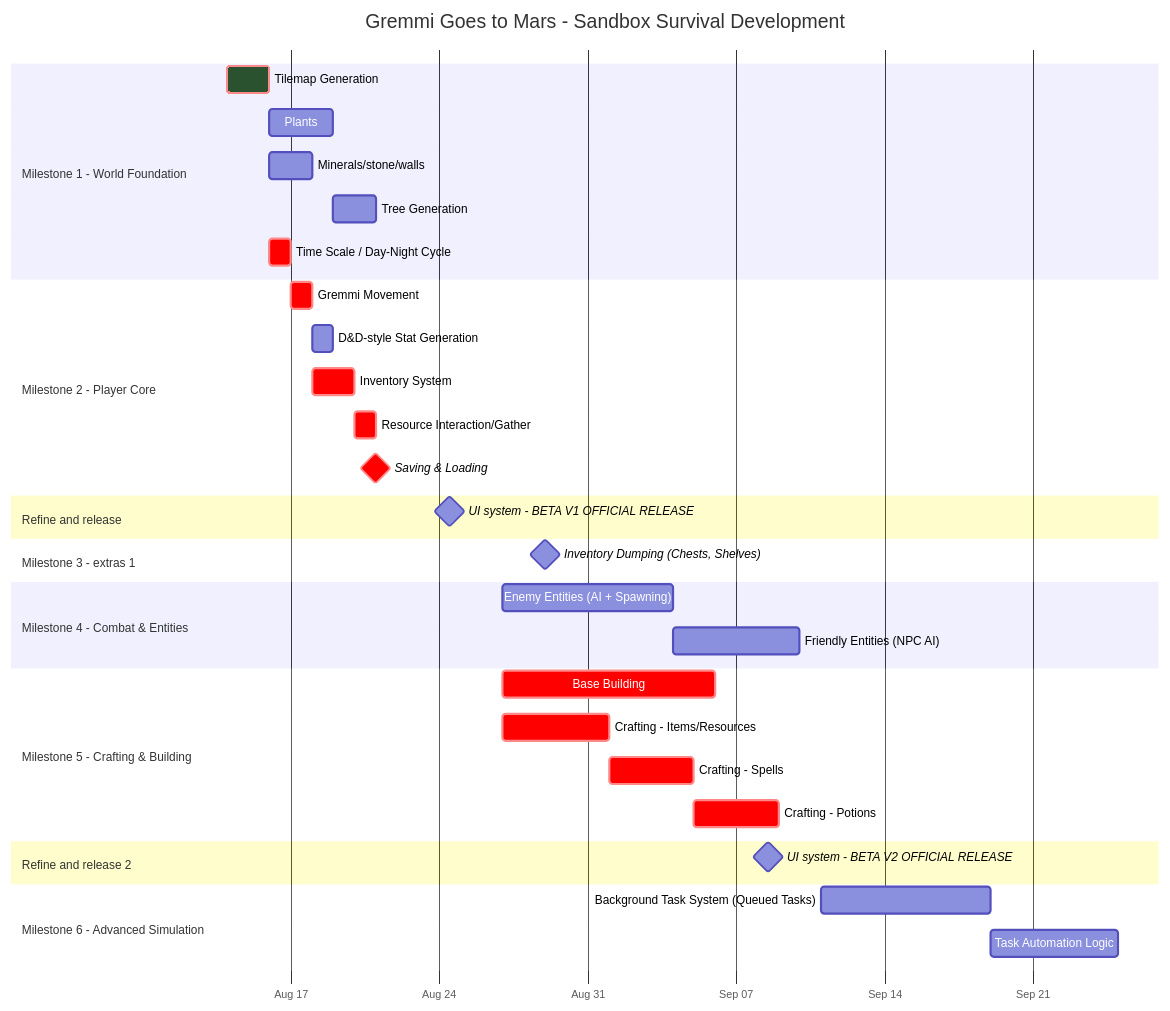
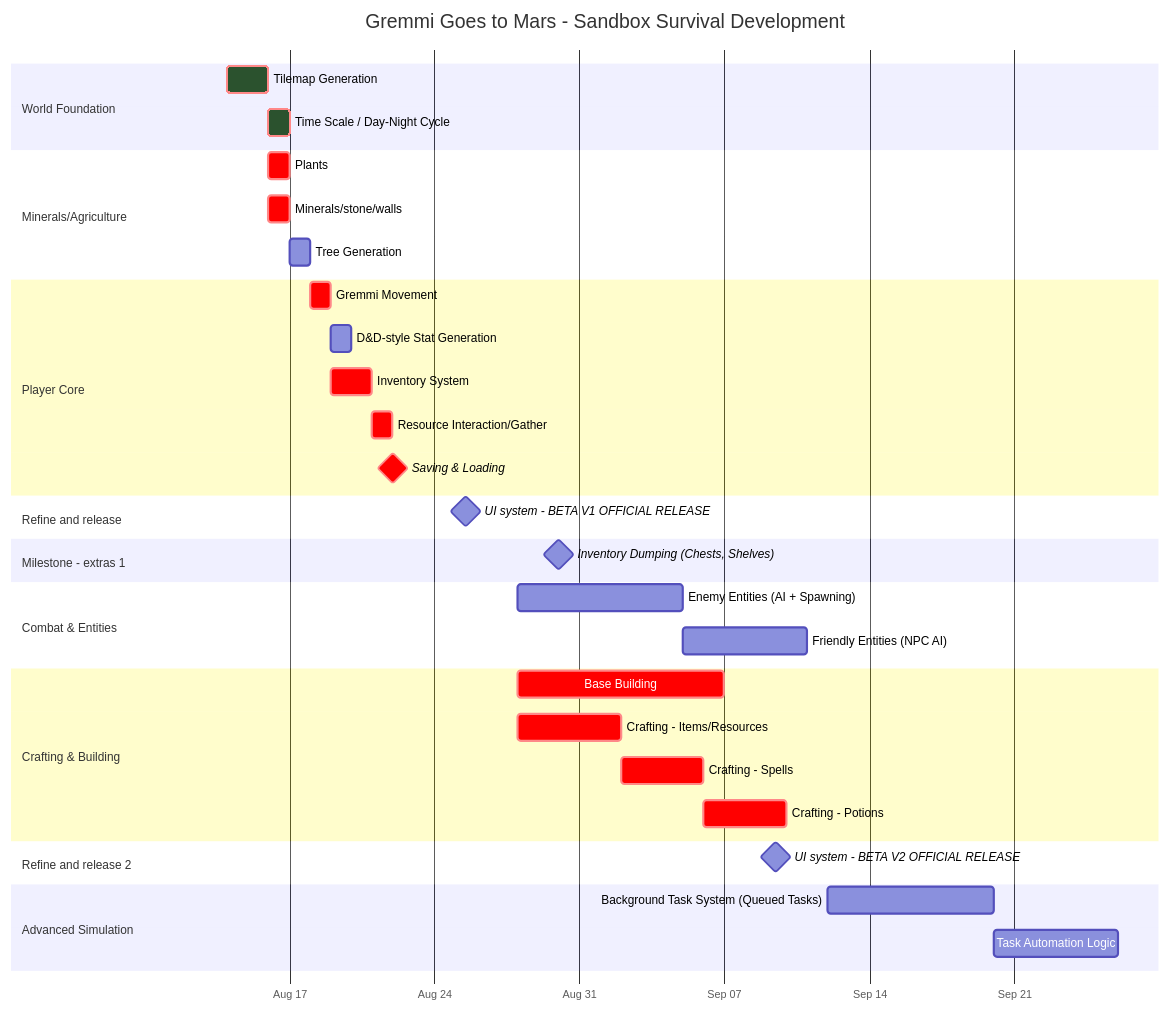
The second of 2 diagrams in dist/README.md (Jacobchestnut16/GremmiGoesToMars), drawn with Mermaid before and after one commit. The commit also changed other lines of this file, not shown here.

Commit message:
World Foundation: TCv1.0

````diff
--- a/dist/README.md
+++ b/dist/README.md
@@ -40,57 +41,59 @@
 ```mermaid
 %%{
     init: {
         'gantt': {
             'leftPadding': 200,
             'barHeight': 25,
             'barGap': 15,
             'topPadding': 60
         },
         'themeVariables': {
             'doneTaskBkgColor': '#2B522EFF'
         }
     }
 }%%
 gantt
     title Gremmi Goes to Mars - Sandbox Survival Development
     dateFormat  YYYY-MM-DD
     axisFormat  %b %d
     
     
-    section Milestone 1 - World Foundation
+    section World Foundation
     Tilemap Generation                          :crit, done, a1, 2025-08-14, 2d
-    Plants                                      :a6, after a1, 3d
-    Minerals/stone/walls                        :a4, after a1, 2d
-    Tree Generation                             :a5, after a6, 2d
-    Time Scale / Day-Night Cycle                :crit, a2, after a1, 1d
+    Time Scale / Day-Night Cycle                :crit, done, a2, after a1, 1d
     
-    section Milestone 2 - Player Core
-    Gremmi Movement                 :crit, b1, after a2, 0.5d
+    section Minerals/Agriculture
+    Plants                                      :crit, a6, after a1, 0.75d
+    Minerals/stone/walls                        :crit, a4, after a1, 0.75d
+    Tree Generation                             :a5, after a6, 0.75d
+    
+    section Player Core
+    Gremmi Movement                 :crit, b1, after a5, 0.5d
     D&D-style Stat Generation       :b2, after b1, 0.5d
     Inventory System                :crit, b3, after b1, 2d
     Resource Interaction/Gather     :crit, b5, after b3, 1d
     Saving & Loading                :crit, milestone, b4, after b3, 2d
     
     section Refine and release
     UI system - BETA V1 OFFICIAL RELEASE     :milestone, c1, after b4, 5d
     
-    section Milestone 3 - extras 1
+    section Milestone - extras 1
     Inventory Dumping (Chests, Shelves) :milestone, f1, after c1, 4d
     
-    section Milestone 4 - Combat & Entities
+    section Combat & Entities
     Enemy Entities (AI + Spawning) :d1, after c1, 8d
     Friendly Entities (NPC AI)     :d2, after d1, 6d
     
-    section Milestone 5 - Crafting & Building
+    section Crafting & Building
     Base Building                  :crit, d6, after c1, 10d
     Crafting - Items/Resources     :crit, d5, after c1, 5d
     Crafting - Spells              :crit, d4, after d5, 4d
     Crafting - Potions             :crit, d3, after d4, 4d
     
     section Refine and release 2
     UI system - BETA V2 OFFICIAL RELEASE     :milestone, c2, after d6, 5d
     
-    section Milestone 6 - Advanced Simulation
+    section Advanced Simulation
     Background Task System (Queued Tasks) :e1, after c2, 8d
     Task Automation Logic                 :e2, after e1, 6d
 ```
````
